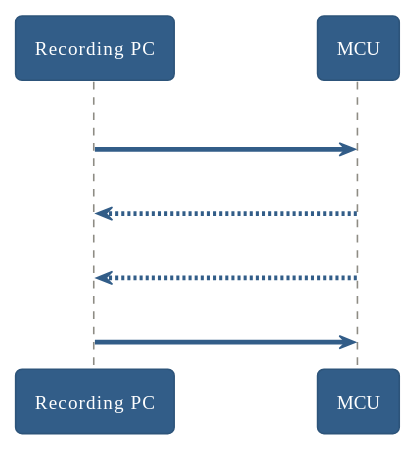
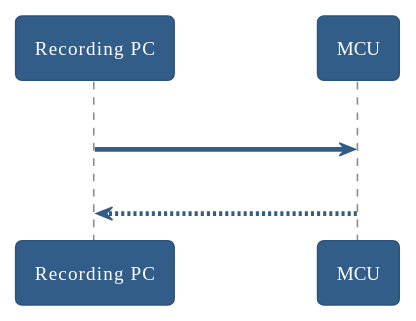
One commit to padok/jarvis-docs changed the first of 7 diagrams in docs/developer_documentation/9_trigger.md. Above: the diagram before and after it, drawn with PlantUML. The commit also changed other lines of this file and 2 other files, not shown here.

````diff
--- a/docs/developer_documentation/9_trigger.md
+++ b/docs/developer_documentation/9_trigger.md
@@ -66,9 +68,7 @@
 ```plantuml
 @startuml
 !theme sandstone
 "Recording PC" -> MCU: setup (Frames)
 "Recording PC" <-- MCU: ack
-"Recording PC" <-- MCU: Inputs
-"Recording PC" -> MCU: ack
 @enduml
 ```
````
